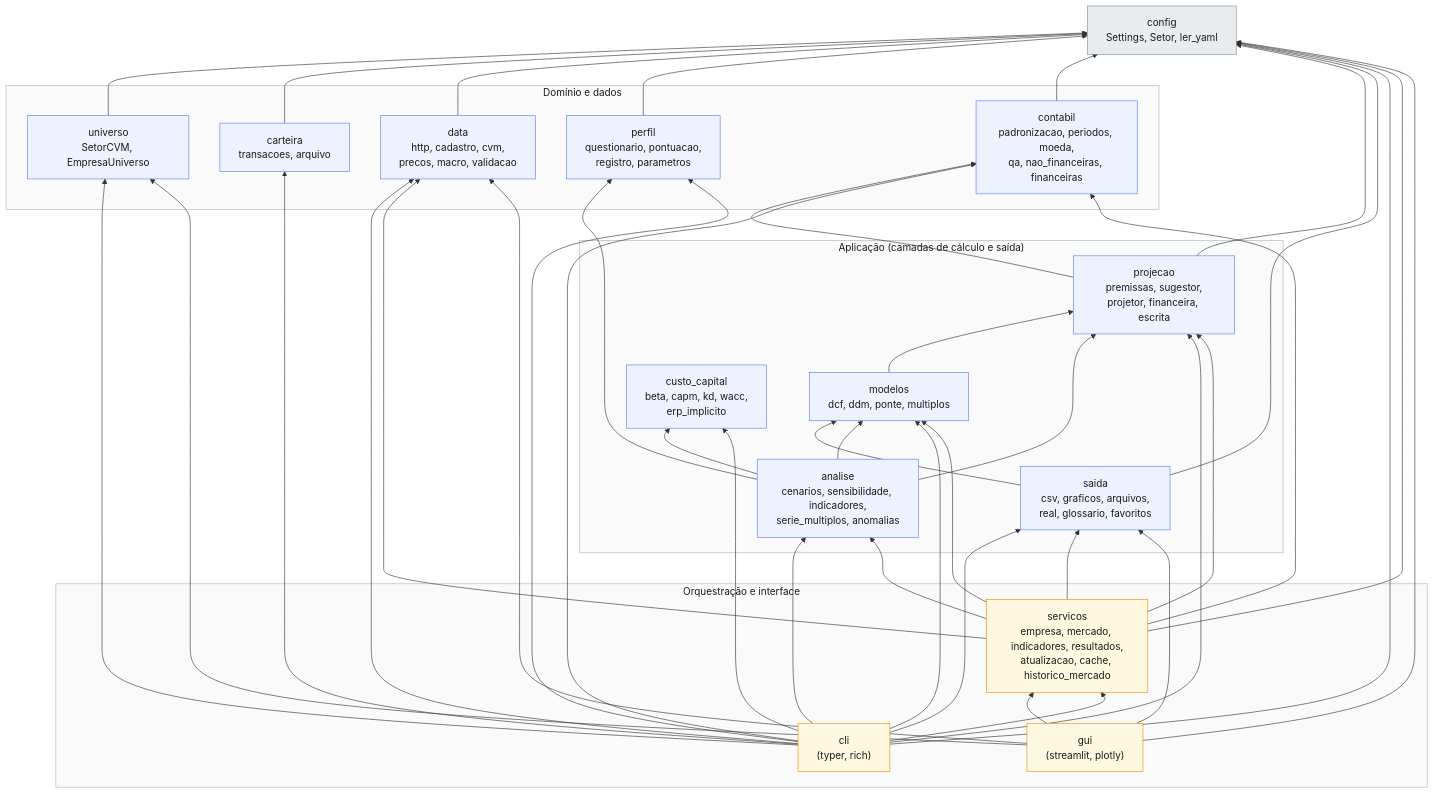
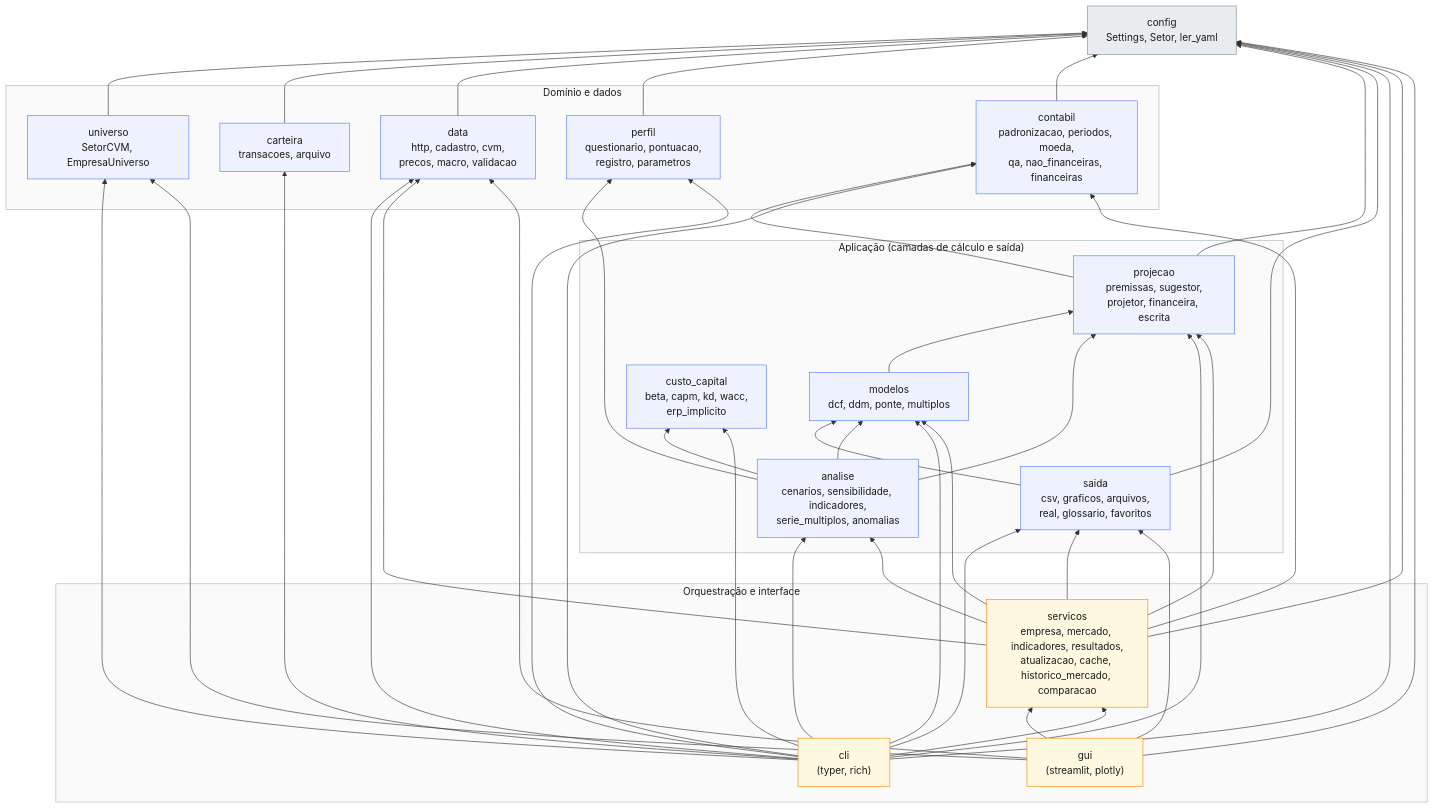
Before and after one commit to luiz2801/lastro: the first of 3 diagrams in docs/diagrama_arquitetura.md, drawn with Mermaid. The commit also changed 16 other files, not shown here.

````diff
--- a/docs/diagrama_arquitetura.md
+++ b/docs/diagrama_arquitetura.md
@@ -11,50 +11,50 @@
 ```mermaid
 flowchart BT
     subgraph ORQ["Orquestração e interface"]
         cli["cli<br/>(typer, rich)"]
         gui["gui<br/>(streamlit, plotly)"]
-        servicos["servicos<br/>empresa, mercado, indicadores, resultados,<br/>atualizacao, cache, historico_mercado"]
+        servicos["servicos<br/>empresa, mercado, indicadores, resultados,<br/>atualizacao, cache, historico_mercado, comparacao"]
     end
 
     subgraph APL["Aplicação (camadas de cálculo e saída)"]
         saida["saida<br/>csv, graficos, arquivos,<br/>real, glossario, favoritos"]
         analise["analise<br/>cenarios, sensibilidade, indicadores,<br/>serie_multiplos, anomalias"]
         modelos["modelos<br/>dcf, ddm, ponte, multiplos"]
         projecao["projecao<br/>premissas, sugestor,<br/>projetor, financeira, escrita"]
         custo["custo_capital<br/>beta, capm, kd, wacc,<br/>erp_implicito"]
     end
 
     subgraph DOM["Domínio e dados"]
         contabil["contabil<br/>padronizacao, periodos, moeda,<br/>qa, nao_financeiras, financeiras"]
         perfil["perfil<br/>questionario, pontuacao,<br/>registro, parametros"]
         data["data<br/>http, cadastro, cvm,<br/>precos, macro, validacao"]
         carteira["carteira<br/>transacoes, arquivo"]
         universo["universo<br/>SetorCVM, EmpresaUniverso"]
     end
 
     config["config<br/>Settings, Setor, ler_yaml"]
 
     cli --> servicos
     gui --> servicos & saida & data & universo & config
     servicos --> saida & analise & modelos & contabil & data & projecao & config
     cli --> saida & analise & modelos & projecao & custo & contabil & perfil & data & carteira & universo & config
     analise --> modelos & projecao & custo & perfil
     saida --> modelos & config
     modelos --> projecao
     projecao --> contabil & config
     contabil --> config
     perfil --> config
     data --> config
     carteira --> config
     universo --> config
 
     classDef pacote fill:#eef2ff,stroke:#5c7cfa,color:#1a1a1a
     classDef base fill:#e9ecef,stroke:#868e96,color:#1a1a1a
     classDef topo fill:#fff8e1,stroke:#f08c00,color:#1a1a1a
     class saida,analise,modelos,projecao,custo,contabil,perfil,data,carteira,universo pacote
     class config base
     class cli,gui,servicos topo
     style ORQ fill:#fafafa,stroke:#adb5bd,color:#1a1a1a
     style APL fill:#fafafa,stroke:#adb5bd,color:#1a1a1a
     style DOM fill:#fafafa,stroke:#adb5bd,color:#1a1a1a
 ```
````
